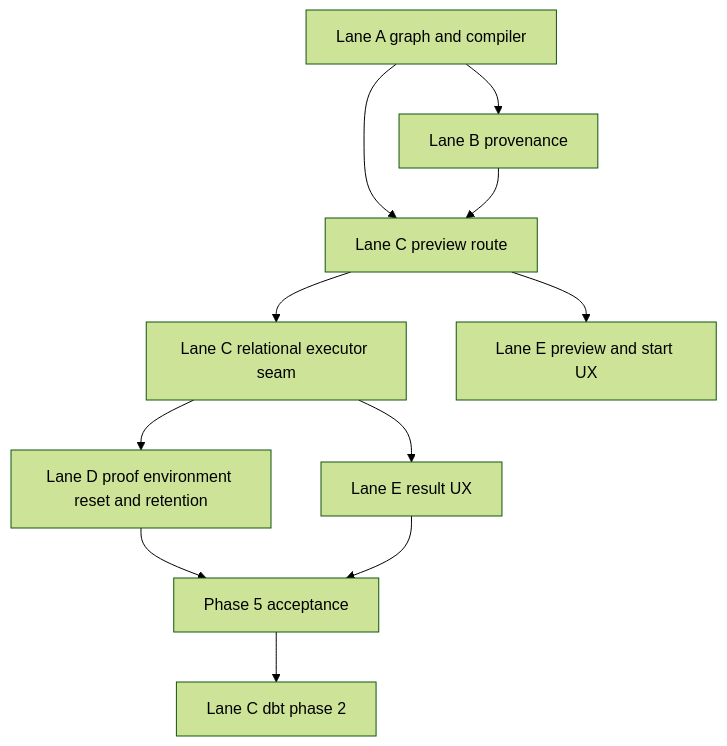
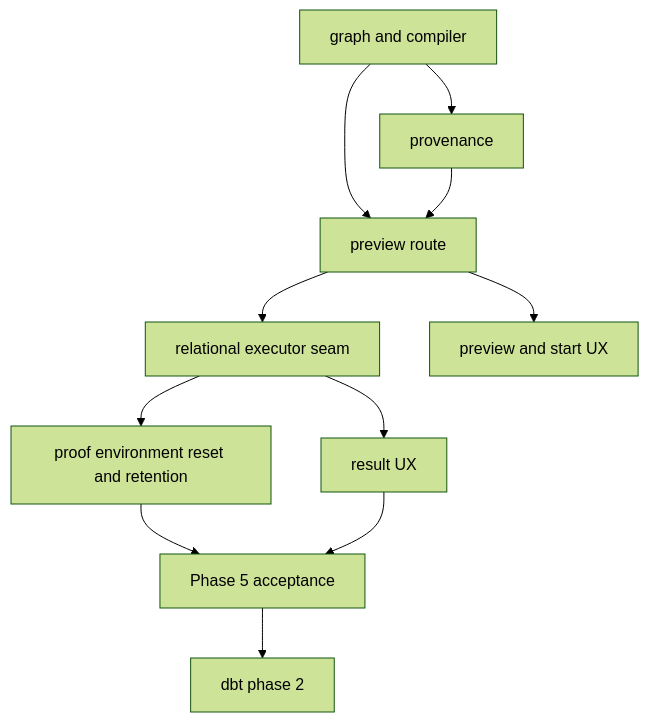
The second of 2 diagrams in docs/planning/proposals/mandatory/runtime-and-contracts/transformation-flow-delivery-plan-20260405.md (dunay2/dvt), drawn with Mermaid (forest theme) before and after one commit. The commit also changed other lines of this file and 505 other files, not shown here.

````diff
--- a/docs/planning/proposals/mandatory/runtime-and-contracts/transformation-flow-delivery-plan-20260405.md
+++ b/docs/planning/proposals/mandatory/runtime-and-contracts/transformation-flow-delivery-plan-20260405.md
@@ -53,13 +52,13 @@
 ```mermaid
 flowchart TD
-  A1[Lane A graph and compiler] --> B1[Lane B provenance]
-  A1 --> C1[Lane C preview route]
+  A1[graph and compiler] --> B1[provenance]
+  A1 --> C1[preview route]
   B1 --> C1
-  C1 --> C2[Lane C relational executor seam]
-  C2 --> D1[Lane D proof environment reset and retention]
-  C1 --> E1[Lane E preview and start UX]
-  C2 --> E2[Lane E result UX]
+  C1 --> C2[relational executor seam]
+  C2 --> D1[proof environment reset and retention]
+  C1 --> E1[preview and start UX]
+  C2 --> E2[result UX]
   D1 --> P5[Phase 5 acceptance]
   E2 --> P5
-  P5 --> C3[Lane C dbt phase 2]
+  P5 --> C3[dbt phase 2]
 ```
````
